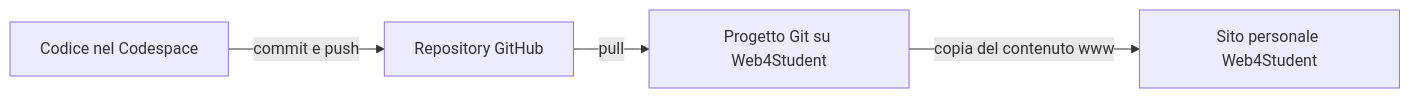
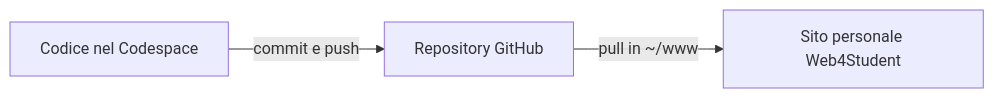
One commit to filippo-bilardo/Learning-PHP-by-example changed the diagram in docs/02-Ambiente_di_sviluppo/esercizi/03_GitHub_Codespaces.md. Above: the diagram before and after it, drawn with Mermaid. The commit also changed other lines of this file and 2 other files, not shown here.

Commit message:
Aggiorna esercizi guidati Web4Student, Git e Codespaces

````diff
--- a/docs/02-Ambiente_di_sviluppo/esercizi/03_GitHub_Codespaces.md
+++ b/docs/02-Ambiente_di_sviluppo/esercizi/03_GitHub_Codespaces.md
@@ -225,6 +287,5 @@
 ```mermaid
 flowchart LR
     C["Codice nel Codespace"] -->|"commit e push"| G["Repository GitHub"]
-    G -->|"pull"| P["Progetto Git su Web4Student"]
-    P -->|"copia del contenuto www"| W["Sito personale Web4Student"]
+    G -->|"pull in ~/www"| W["Sito personale Web4Student"]
 ```
````
